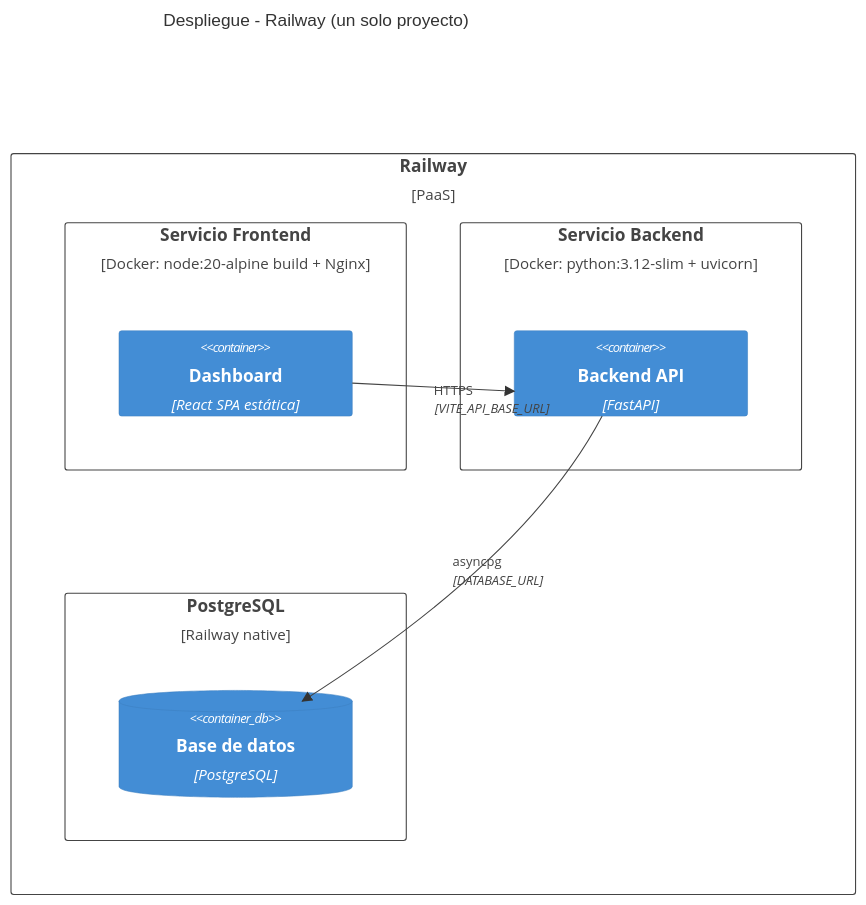
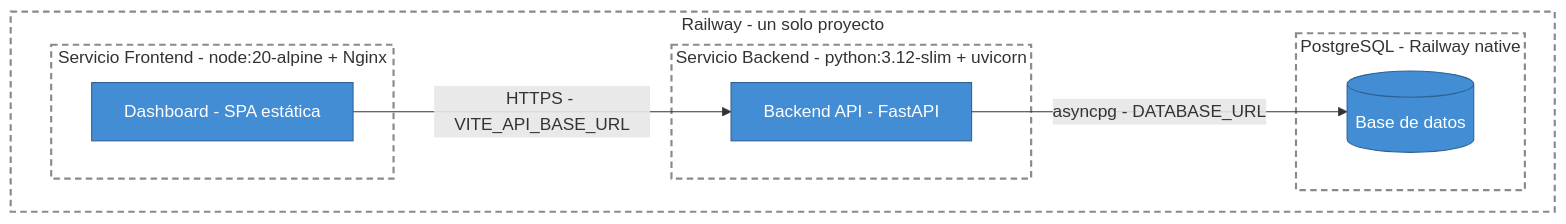
Before and after one commit to Oriojas/30X_404_team: the eighth of 8 diagrams in docs/arquitectura/arquitectura_solucion_v5.md, drawn with Mermaid. The commit also changed other lines of this file, not shown here.

First line of the commit message:
docs(arquitectura): rehacer diagramas C4 como flowchart legibles en tema claro y oscuro

````diff
--- a/docs/arquitectura/arquitectura_solucion_v5.md
+++ b/docs/arquitectura/arquitectura_solucion_v5.md
@@ -336,19 +347,29 @@
 ```mermaid
-C4Deployment
-    title Despliegue - Railway (un solo proyecto)
+flowchart LR
+    subgraph railway ["Railway - un solo proyecto"]
+        direction LR
+        subgraph fe ["Servicio Frontend - node:20-alpine + Nginx"]
+            spa["Dashboard - SPA estática"]
+        end
+        subgraph be ["Servicio Backend - python:3.12-slim + uvicorn"]
+            api["Backend API - FastAPI"]
+        end
+        subgraph pg ["PostgreSQL - Railway native"]
+            db[("Base de datos")]
+        end
+    end
 
-    Deployment_Node(railway, "Railway", "PaaS") {
-        Deployment_Node(fe, "Servicio Frontend", "Docker: node:20-alpine build + Nginx") {
-            Container(spa, "Dashboard", "React SPA estática")
-        }
-        Deployment_Node(be, "Servicio Backend", "Docker: python:3.12-slim + uvicorn") {
-            Container(api, "Backend API", "FastAPI")
-        }
-        Deployment_Node(pg, "PostgreSQL", "Railway native") {
-            ContainerDb(db, "Base de datos", "PostgreSQL")
-        }
-    }
+    spa -->|"HTTPS - VITE_API_BASE_URL"| api
+    api -->|"asyncpg - DATABASE_URL"| db
 
-    Rel(spa, api, "HTTPS", "VITE_API_BASE_URL")
-    Rel(api, db, "asyncpg", "DATABASE_URL")
+    classDef person fill:#08427B,stroke:#052E56,color:#FFFFFF
+    classDef system fill:#1168BD,stroke:#0B4884,color:#FFFFFF
+    classDef container fill:#438DD5,stroke:#2E6295,color:#FFFFFF
+    classDef component fill:#85BBF0,stroke:#5D82A8,color:#0B1F33
+    classDef external fill:#6B6B6B,stroke:#4D4D4D,color:#FFFFFF
+    class spa,api,db container
+    style railway fill:none,stroke:#8A8A8A,stroke-width:2px,stroke-dasharray:6 4
+    style fe fill:none,stroke:#8A8A8A,stroke-width:2px,stroke-dasharray:6 4
+    style be fill:none,stroke:#8A8A8A,stroke-width:2px,stroke-dasharray:6 4
+    style pg fill:none,stroke:#8A8A8A,stroke-width:2px,stroke-dasharray:6 4
 ```
````
